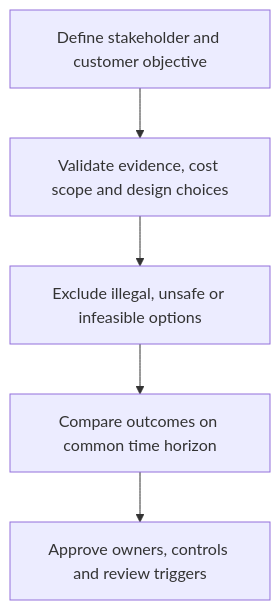
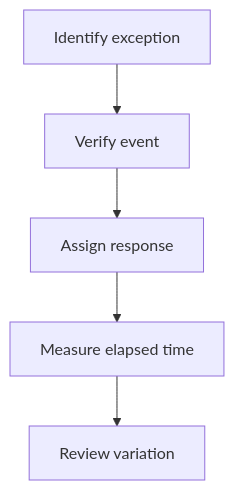
One commit to theleanx/SupplyChain-Design-Notes changed the diagram in 08-optimization-sustainability-technology/section-a-optimizing-supply-chain-strategy-and-tactics/06-three-vs-visibility-velocity-and-variability.md. Above: the diagram before and after it, drawn with Mermaid. The commit also changed other lines of this file and 7 other files, not shown here.

````diff
--- a/08-optimization-sustainability-technology/section-a-optimizing-supply-chain-strategy-and-tactics/06-three-vs-visibility-velocity-and-variability.md
+++ b/08-optimization-sustainability-technology/section-a-optimizing-supply-chain-strategy-and-tactics/06-three-vs-visibility-velocity-and-variability.md
@@ -38,12 +38,12 @@
 ```mermaid
 flowchart TD
-    A[Define stakeholder and customer objective]
-    B[Validate evidence, cost scope and design choices]
-    C[Exclude illegal, unsafe or infeasible options]
-    D[Compare outcomes on common time horizon]
-    E[Approve owners, controls and review triggers]
+    A[Identify exception]
+    B[Verify event]
+    C[Assign response]
+    D[Measure elapsed time]
+    E[Review variation]
     A --> B
     B --> C
     C --> D
     D --> E
 ```
````
